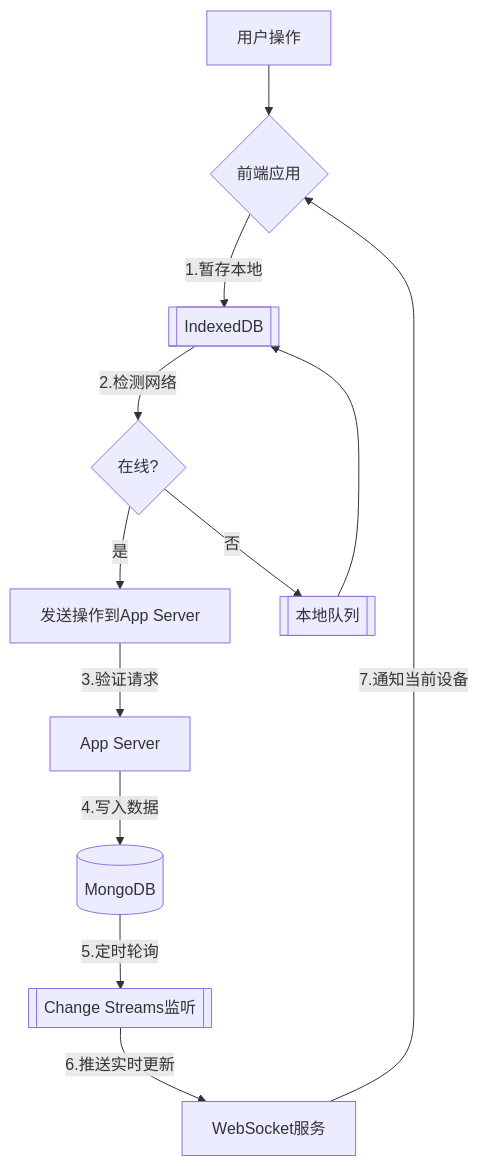
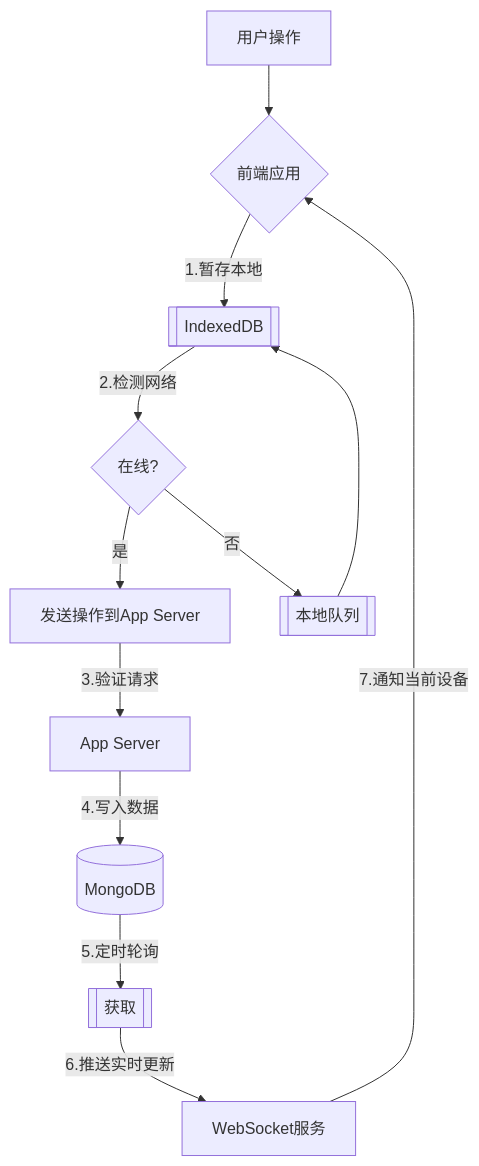
One commit to yingjianzh/iodraw-files changed the diagram in all/未命名-21.md. Above: the diagram before and after it, drawn with Mermaid.

Commit message:
2025-02-17 14:53:57 update

````diff
--- a/all/未命名-21.md
+++ b/all/未命名-21.md
@@ -1,13 +1,13 @@
 ```mermaid
 graph TD
     A[用户操作] --> B{前端应用}
     B -->|1.暂存本地| C[[IndexedDB]]
     C -->|2.检测网络| D{在线?}
     D -->|是| E[发送操作到App Server]
     D -->|否| F[[本地队列]] --> C
     E -->|3.验证请求| G[App Server]
     G -->|4.写入数据| H[(MongoDB)]
-    H -->|5.定时轮询| I[[Change Streams监听]]
+    H -->|5.定时轮询| I[[获取]]
     I -->|6.推送实时更新| J[WebSocket服务]
     J -->|7.通知当前设备| B
 ```
````
